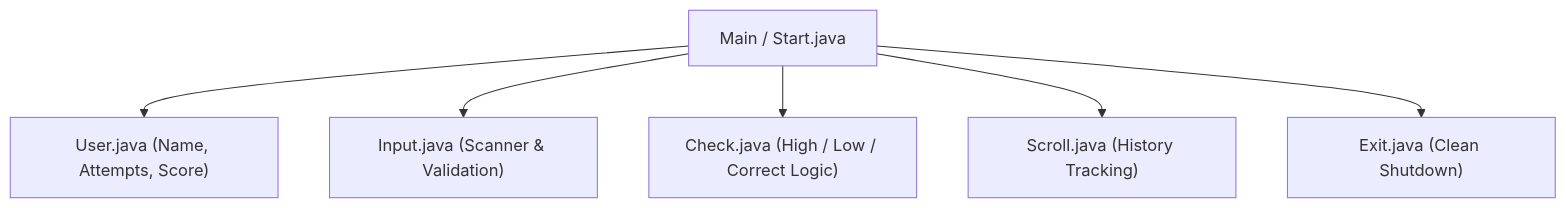
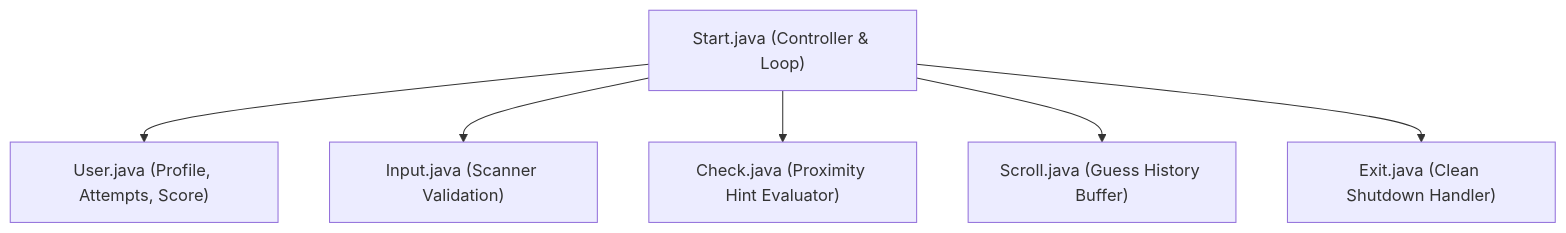
One commit to prakruthidevanga/Random_Number_Guessing-Game- changed the diagram in README.md. Above: the diagram before and after it, drawn with Mermaid. The commit also changed other lines of this file, not shown here.

Commit message:
docs: modernize README with green waving banner, OOP class architecture diagram, and structured TOC

````diff
--- a/README.md
+++ b/README.md
@@ -18,8 +79,8 @@
 ```mermaid
 flowchart TD
-    Main["Main / Start.java"] --> User["User.java (Name, Attempts, Score)"]
-    Main --> Input["Input.java (Scanner & Validation)"]
-    Main --> Check["Check.java (High / Low / Correct Logic)"]
-    Main --> Scroll["Scroll.java (History Tracking)"]
-    Main --> Exit["Exit.java (Clean Shutdown)"]
+    Main["Start.java (Controller & Loop)"] --> User["User.java (Profile, Attempts, Score)"]
+    Main --> Input["Input.java (Scanner Validation)"]
+    Main --> Check["Check.java (Proximity Hint Evaluator)"]
+    Main --> Scroll["Scroll.java (Guess History Buffer)"]
+    Main --> Exit["Exit.java (Clean Shutdown Handler)"]
 ```
````
